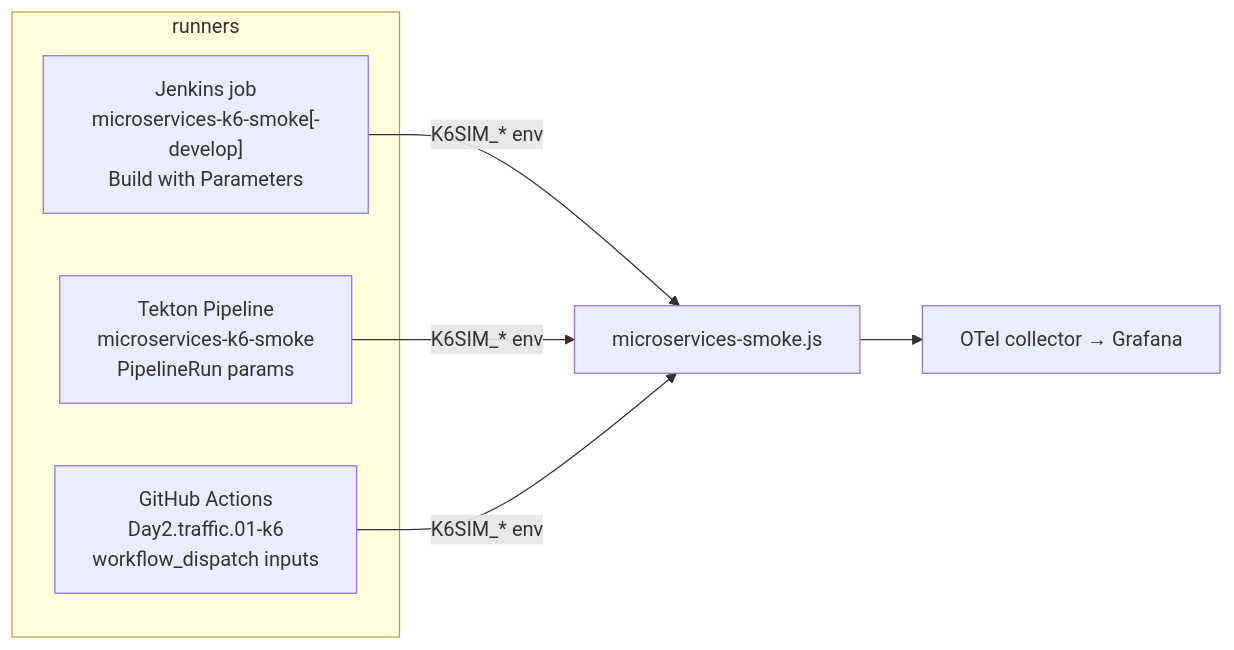
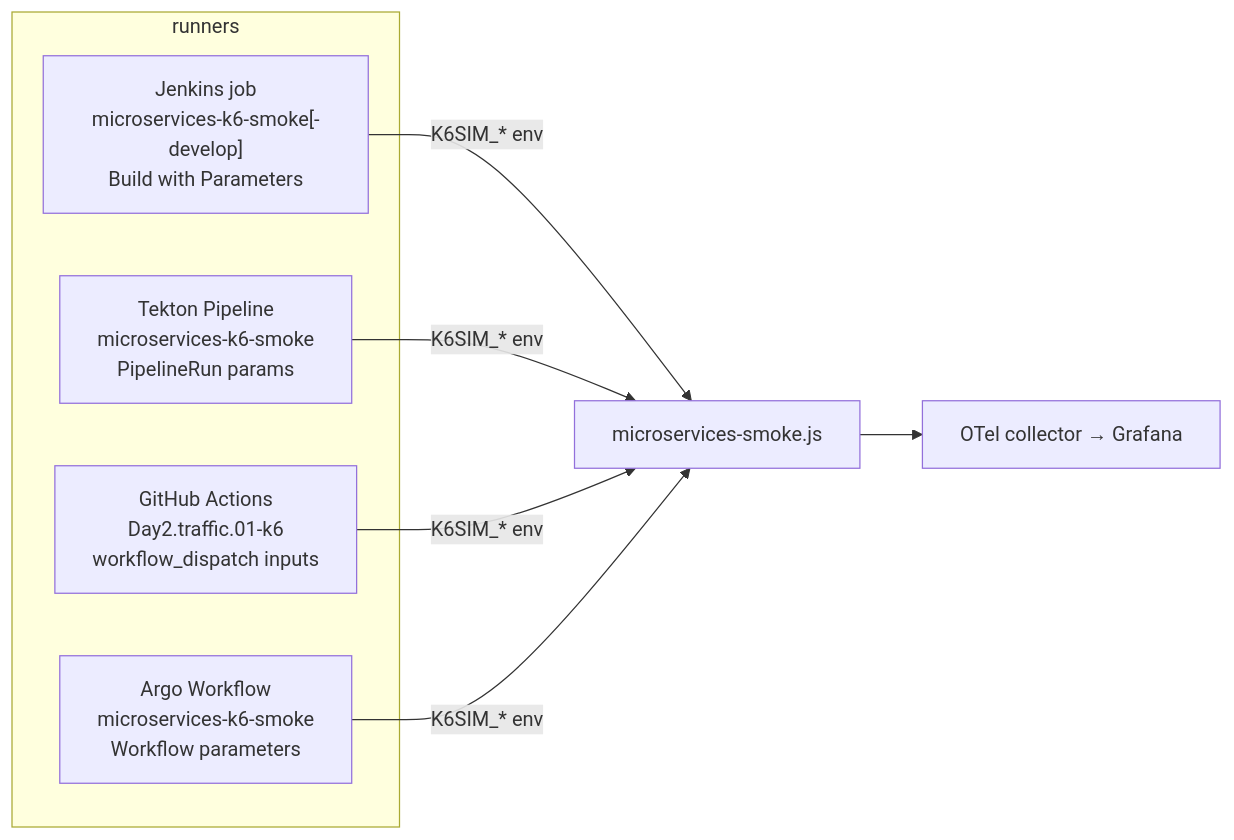
Diagram 14 of 14 in docs/302-K6_LOAD_TESTING.md (nubenetes/jenkins-2026), drawn with Mermaid before and after one commit. The commit also changed other lines of this file and 3 other files, not shown here.

````diff
--- a/docs/302-K6_LOAD_TESTING.md
+++ b/docs/302-K6_LOAD_TESTING.md
@@ -398,10 +398,11 @@
 ```mermaid
 flowchart LR
   subgraph runners
     J["Jenkins job<br/>microservices-k6-smoke[-develop]<br/>Build with Parameters"]
     T["Tekton Pipeline<br/>microservices-k6-smoke<br/>PipelineRun params"]
     G["GitHub Actions<br/>Day2.traffic.01-k6<br/>workflow_dispatch inputs"]
+    A["Argo Workflow<br/>microservices-k6-smoke<br/>Workflow parameters"]
   end
-  J & T & G -->|K6SIM_* env| S["microservices-smoke.js"]
+  J & T & G & A -->|K6SIM_* env| S["microservices-smoke.js"]
   S --> OTLP["OTel collector → Grafana"]
 ```
````
